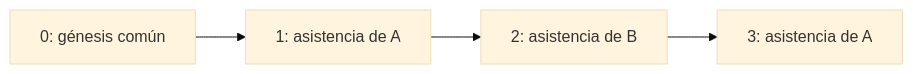
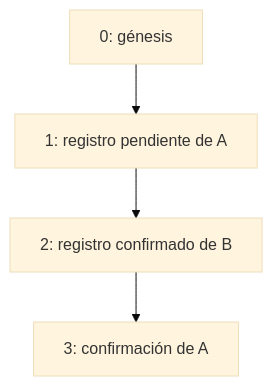
The diagram in docs/cadena-de-bloques.md (SolidW05/asistencia-docente), drawn with Mermaid (base theme) before and after one commit. The commit also changed other lines of this file and 58 other files, not shown here.

````diff
--- a/docs/cadena-de-bloques.md
+++ b/docs/cadena-de-bloques.md
@@ -5,4 +5,6 @@
 ```mermaid
-flowchart LR
-  G[0: génesis común] --> A1[1: asistencia de A] --> B[2: asistencia de B] --> A2[3: asistencia de A]
+flowchart TD
+  G["0: génesis"] --> A["1: registro pendiente de A"]
+  A --> B["2: registro confirmado de B"]
+  B --> R["3: confirmación de A"]
 ```
````
